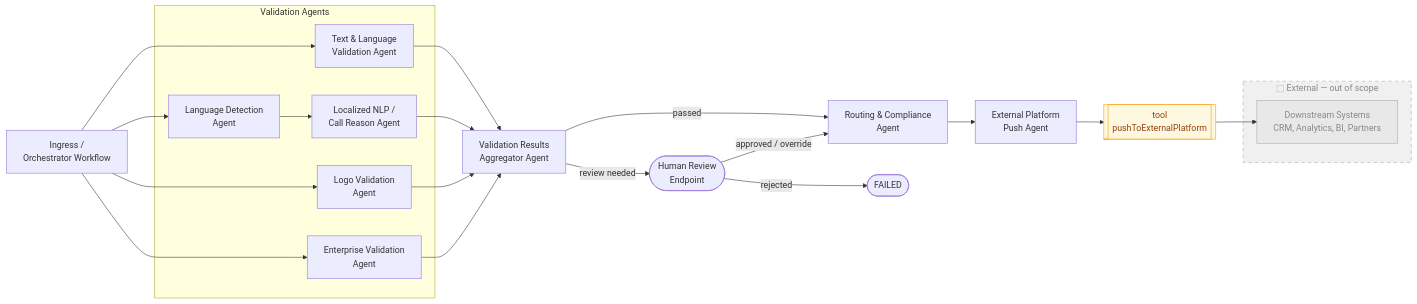
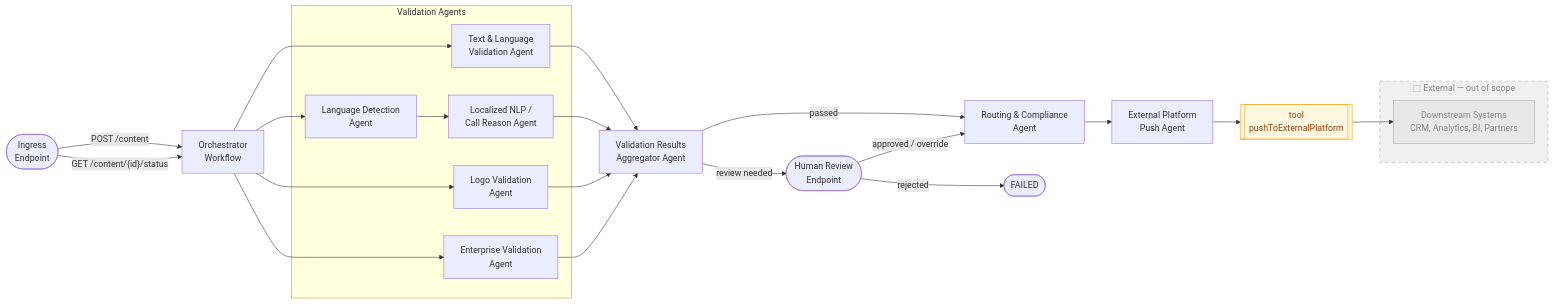
Before and after one commit to aklikic/content-validation: the first of 3 diagrams in docs/SPEC.md, drawn with Mermaid. The commit also changed other lines of this file, not shown here.

````diff
--- a/docs/SPEC.md
+++ b/docs/SPEC.md
@@ -7,42 +7,45 @@
 ```mermaid
 flowchart LR
-    OW[Ingress /\nOrchestrator Workflow]
+    INP([Ingress\nEndpoint])
+    OW[Orchestrator\nWorkflow]
 
     subgraph Validation Agents
         LD[Language Detection\nAgent]
         TLV[Text & Language\nValidation Agent]
         LNP[Localized NLP /\nCall Reason Agent]
         LVA[Logo Validation\nAgent]
         EVA[Enterprise Validation\nAgent]
     end
 
     AGG[Validation Results\nAggregator Agent]
     HITL([Human Review\nEndpoint])
     RCA[Routing & Compliance\nAgent]
     EPA[External Platform\nPush Agent]
 
     subgraph ext ["⬚ External — out of scope"]
         DS[Downstream Systems\nCRM, Analytics, BI, Partners]
     end
 
+    INP -- "POST /content" --> OW
+    INP -- "GET /content/{id}/status" --> OW
     OW --> LD
     OW --> TLV
     OW --> LVA
     OW --> EVA
     LD --> LNP
     TLV --> AGG
     LNP --> AGG
     LVA --> AGG
     EVA --> AGG
     AGG -- "passed" --> RCA
     AGG -- "review needed" --> HITL
     HITL -- "approved / override" --> RCA
     HITL -- "rejected" --> FAILED([FAILED])
     RCA --> EPA
     EPA --> TOOL[["tool\npushToExternalPlatform"]]
     TOOL --> DS
 
     style ext fill:#f0f0f0,stroke:#aaa,stroke-dasharray:6,color:#888
     style DS fill:#e8e8e8,stroke:#aaa,color:#888
     style TOOL fill:#fff8e1,stroke:#f59e0b,color:#92400e
 ```
````
